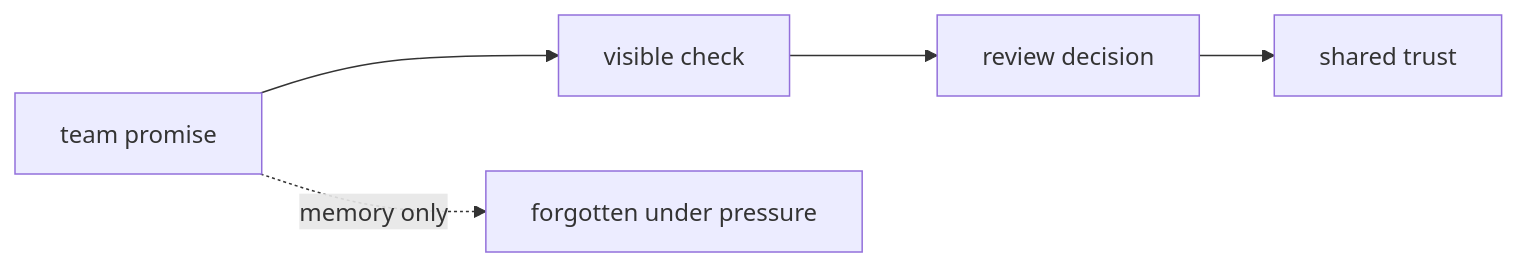
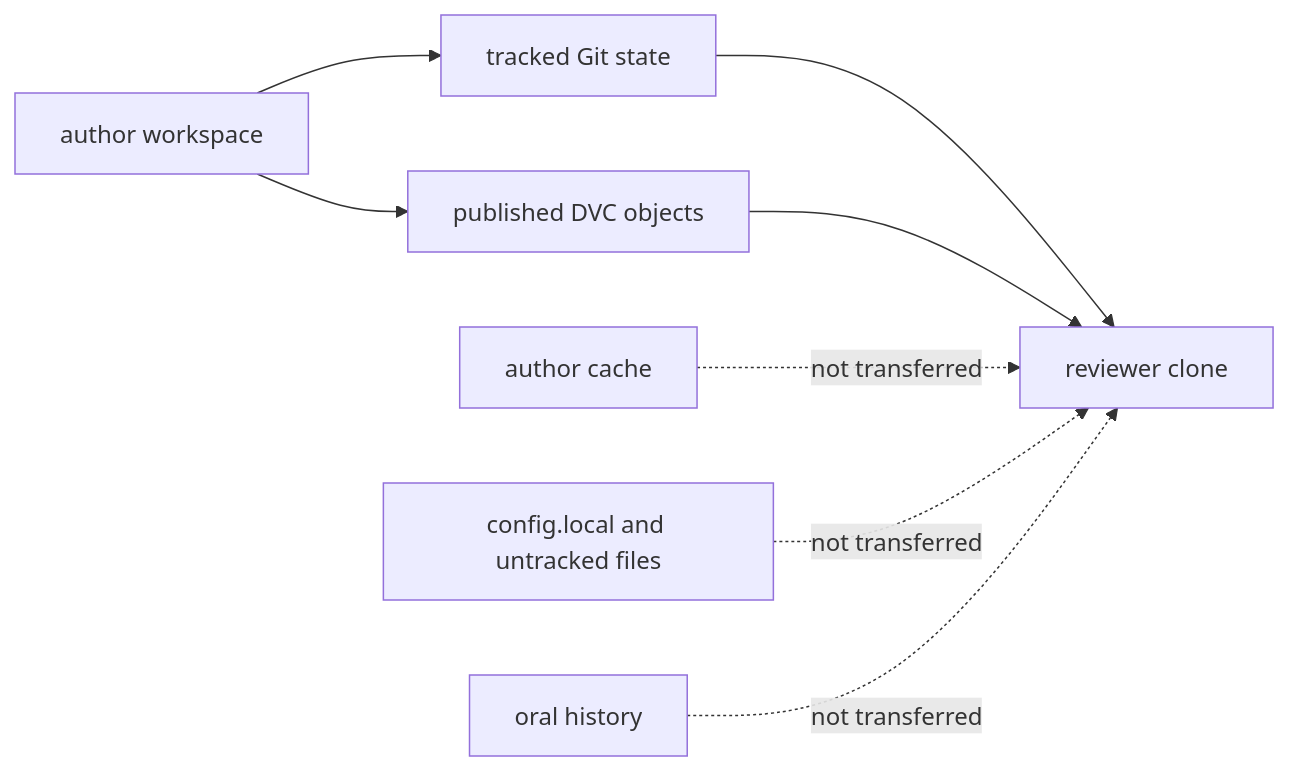
Before and after one commit to bijux/bijux-masterclass: the fourth of 4 diagrams in programs/reproducible-research/deep-dive-dvc/course-book/module-07-collaboration-ci-social-contracts/collaboration-failures-and-social-contracts.md, drawn with Mermaid. The commit also changed other lines of this file, not shown here.

Commit message:
docs(dvc): define collaboration through clean handoffs

````diff
--- a/programs/reproducible-research/deep-dive-dvc/course-book/module-07-collaboration-ci-social-contracts/collaboration-failures-and-social-contracts.md
+++ b/programs/reproducible-research/deep-dive-dvc/course-book/module-07-collaboration-ci-social-contracts/collaboration-failures-and-social-contracts.md
@@ -71,7 +141,10 @@
 ```mermaid
 flowchart LR
-  promise["team promise"] --> check["visible check"]
-  check --> review["review decision"]
-  review --> trust["shared trust"]
-  promise -. "memory only" .-> failure["forgotten under pressure"]
+  author["author workspace"] --> tracked["tracked Git state"]
+  author --> objects["published DVC objects"]
+  tracked --> reviewer["reviewer clone"]
+  objects --> reviewer
+  cache["author cache"] -. "not transferred" .-> reviewer
+  local["config.local and untracked files"] -. "not transferred" .-> reviewer
+  memory["oral history"] -. "not transferred" .-> reviewer
 ```
````
